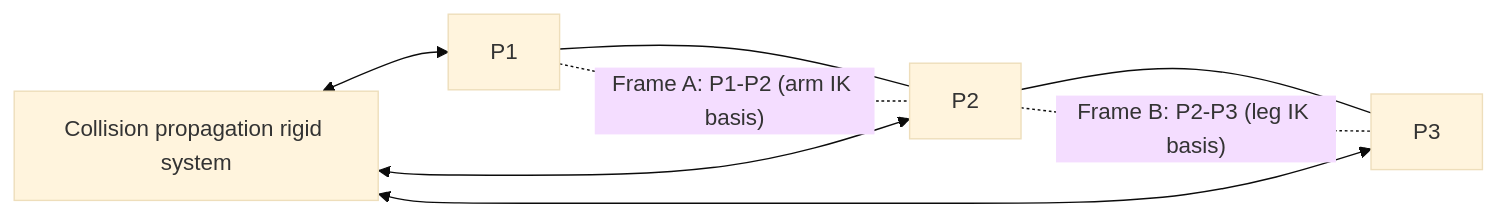
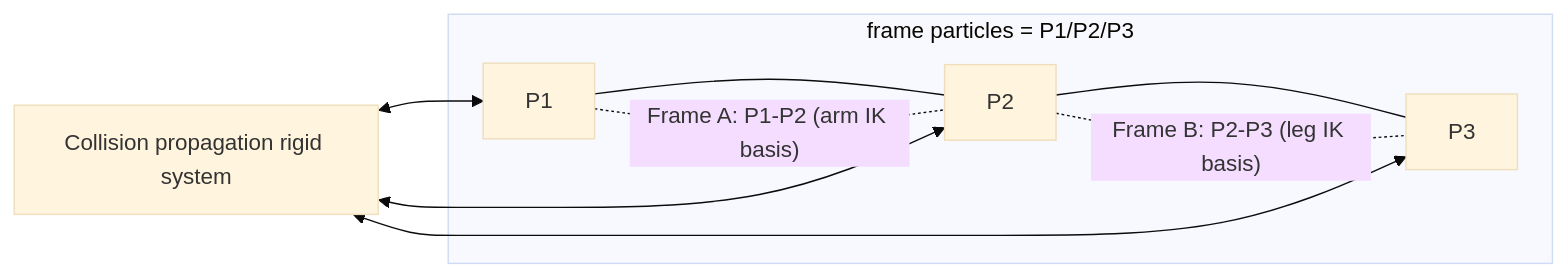
One commit to AlienSmith/bevy_vello changed the second of 2 diagrams in plans/two_particle_spine_frames.md. Above: the diagram before and after it, drawn with Mermaid (base theme). The commit also changed other lines of this file, not shown here.

Commit message:
docs: refine frame-particle design, four-level hierarchy, transmission-graph rationale

````diff
--- a/plans/two_particle_spine_frames.md
+++ b/plans/two_particle_spine_frames.md
@@ -81,9 +90,11 @@
 ```mermaid
 flowchart LR
-    P1[P1] --- P2[P2] --- P3[P3]
+    subgraph FRAME["frame particles = P1/P2/P3"]
+        P1[P1] --- P2[P2] --- P3[P3]
+    end
     P1 -. "Frame A: P1-P2 (arm IK basis)" .- P2
     P2 -. "Frame B: P2-P3 (leg IK basis)" .- P3
     COLL[Collision propagation rigid system]<-->P1
     COLL<-->P2
     COLL<-->P3
 ```
````
